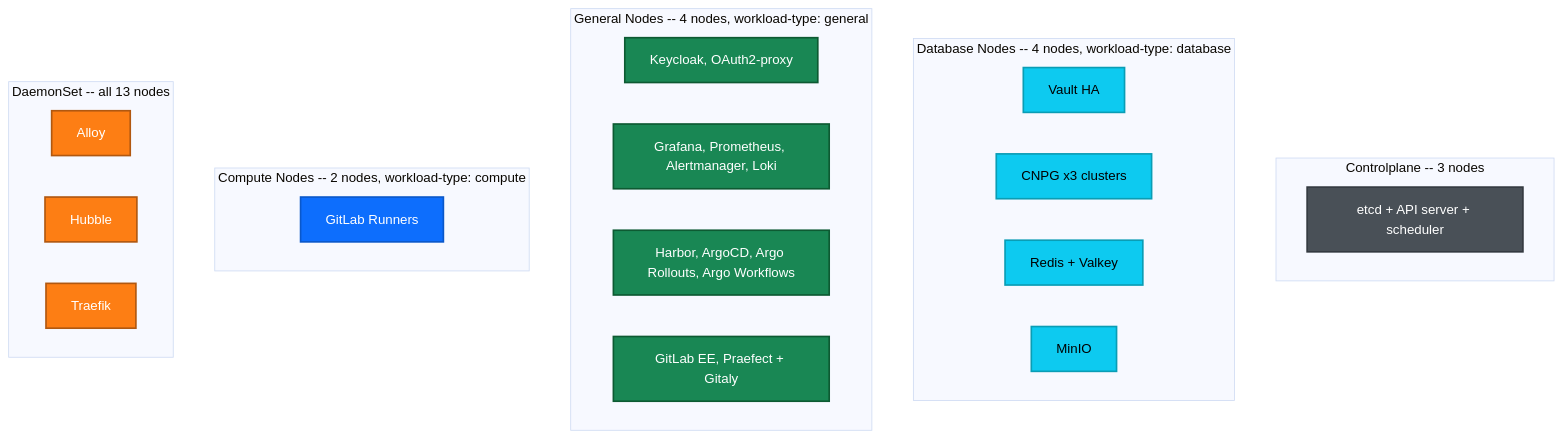
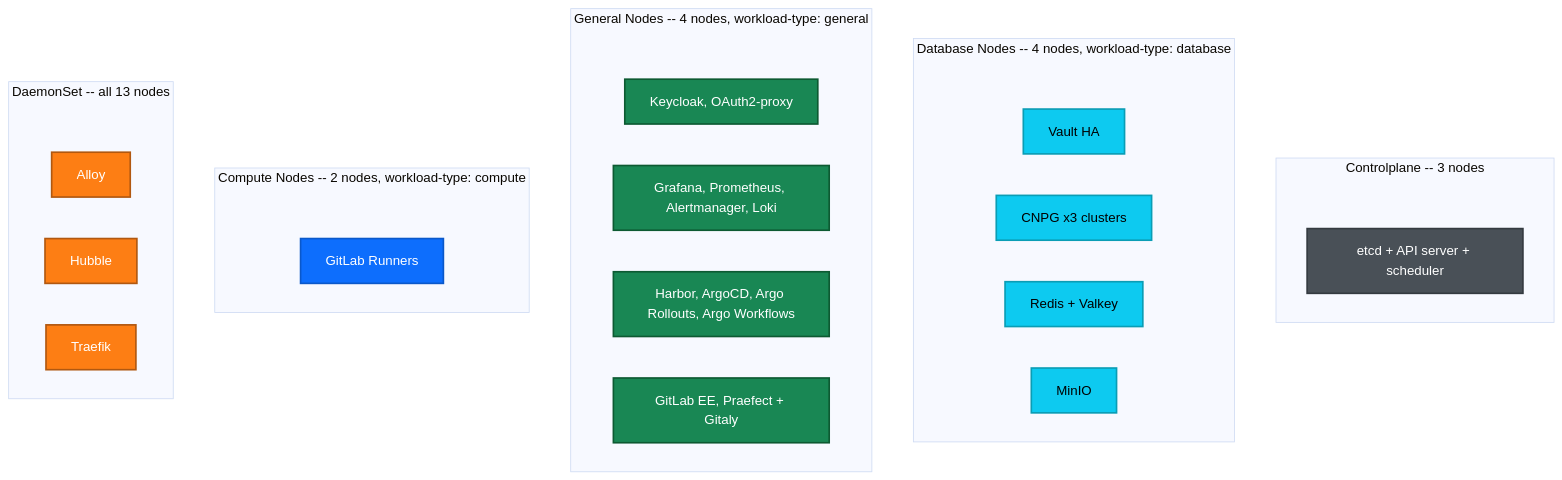
The eighth of 9 diagrams in docs/architecture/landscape.md (derhornspieler/harvester-rke2-svcs), drawn with Mermaid (base theme) before and after one commit. The commit also changed other lines of this file, not shown here.

First line of the commit message:
fix: add spacer nodes to prevent subgraph title overlap in Mermaid

````diff
--- a/docs/architecture/landscape.md
+++ b/docs/architecture/landscape.md
@@ -296,47 +313,53 @@
 ```mermaid
 graph TB
     subgraph cp["Controlplane -- 3 nodes"]
         direction LR
+        cp_pad[ ]:::hidden
         cp1["etcd + API server + scheduler"]
     end
 
     subgraph db["Database Nodes -- 4 nodes, workload-type: database"]
         direction LR
+        db_pad[ ]:::hidden
         db1["Vault HA"]
         db2["CNPG x3 clusters"]
         db3["Redis + Valkey"]
         db4["MinIO"]
     end
 
     subgraph gen["General Nodes -- 4 nodes, workload-type: general"]
         direction LR
+        gen_pad[ ]:::hidden
         gen1["Keycloak, OAuth2-proxy"]
         gen2["Grafana, Prometheus, Alertmanager, Loki"]
         gen3["Harbor, ArgoCD, Argo Rollouts, Argo Workflows"]
         gen4["GitLab EE, Praefect + Gitaly"]
     end
 
     subgraph comp["Compute Nodes -- 2 nodes, workload-type: compute"]
         direction LR
+        comp_pad[ ]:::hidden
         comp1["GitLab Runners"]
     end
 
     subgraph daemon["DaemonSet -- all 13 nodes"]
         direction LR
+        dmn_pad[ ]:::hidden
         d1["Alloy"]
         d2["Hubble"]
         d3["Traefik"]
     end
 
     classDef cpn fill:#495057,color:#fff,stroke:#343a40,stroke-width:2px
     classDef dbn fill:#0dcaf0,color:#000,stroke:#0a9db5,stroke-width:2px
     classDef genn fill:#198754,color:#fff,stroke:#0d5a32,stroke-width:2px
     classDef compn fill:#0d6efd,color:#fff,stroke:#0a58ca,stroke-width:2px
     classDef dmn fill:#fd7e14,color:#fff,stroke:#b15810,stroke-width:2px
 
     class cp1 cpn
     class db1,db2,db3,db4 dbn
     class gen1,gen2,gen3,gen4 genn
     class comp1 compn
     class d1,d2,d3 dmn
+    classDef hidden display:none
 ```
````
